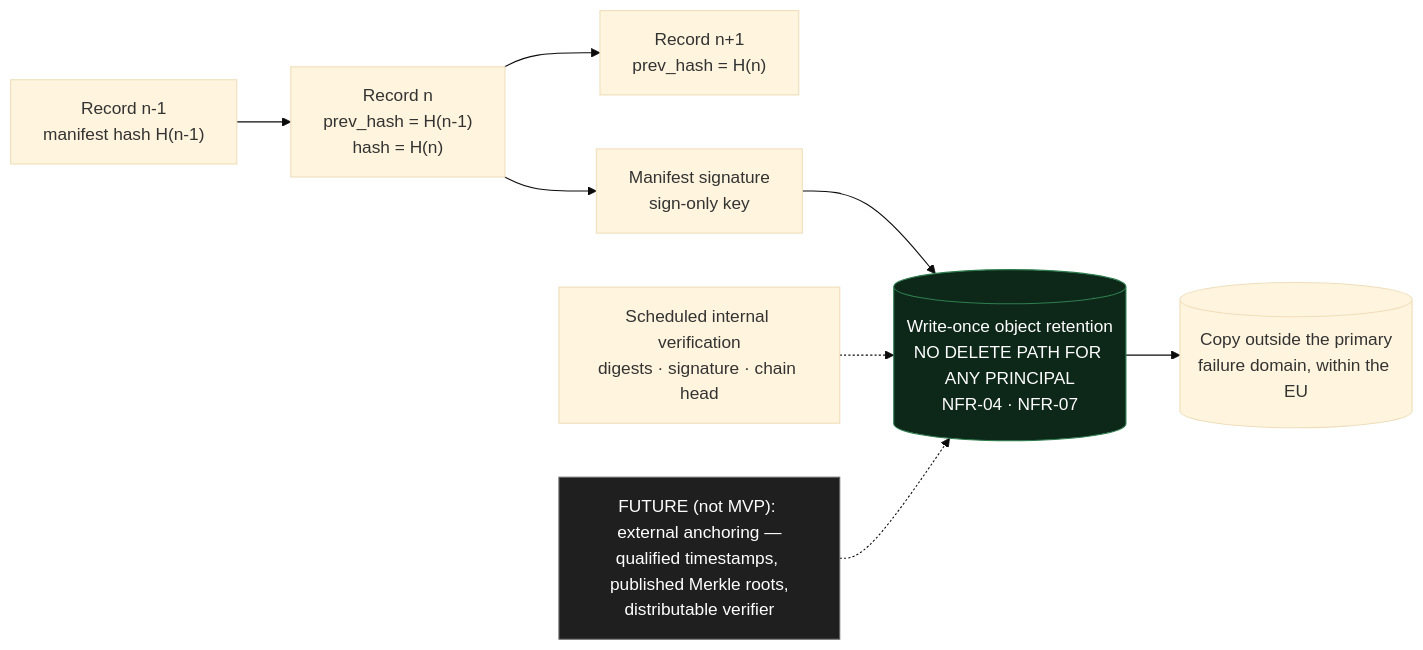
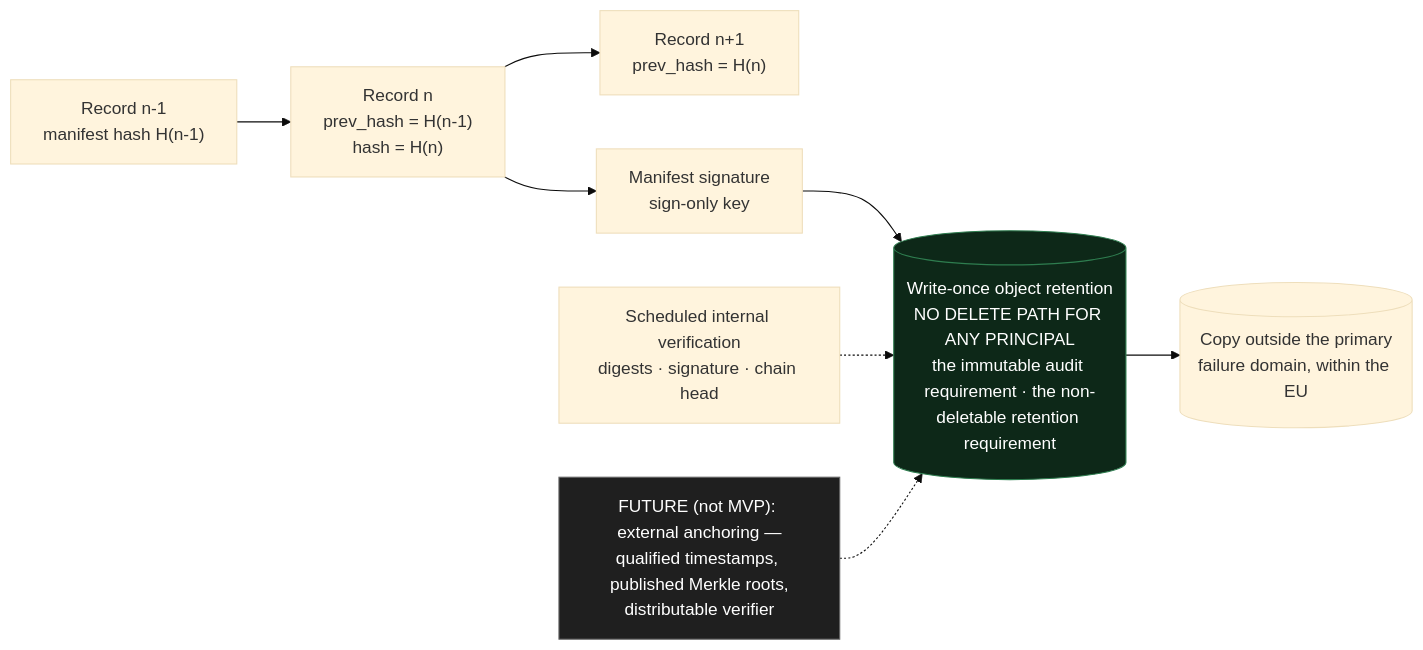
The eighth of 11 diagrams in docs/research/Data And Document Security/architecture-diagrams.md (sayone-tech/Compliance_iq_backend), drawn with Mermaid (base theme) before and after one commit. The commit also changed other lines of this file and 39 other files, not shown here.

````diff
--- a/docs/research/Data And Document Security/architecture-diagrams.md
+++ b/docs/research/Data And Document Security/architecture-diagrams.md
@@ -254,14 +254,14 @@
 ```mermaid
 graph LR
     E1["Record n-1<br/>manifest hash H(n-1)"] --> E2["Record n<br/>prev_hash = H(n-1)<br/>hash = H(n)"]
     E2 --> E3["Record n+1<br/>prev_hash = H(n)"]
     E2 --> SG["Manifest signature<br/>sign-only key"]
-    SG --> OL[("Write-once object retention<br/>NO DELETE PATH FOR ANY PRINCIPAL<br/>NFR-04 · NFR-07")]
+    SG --> OL[("Write-once object retention<br/>NO DELETE PATH FOR ANY PRINCIPAL<br/>the immutable audit requirement · the non-deletable retention requirement")]
     OL --> REP[("Copy outside the primary<br/>failure domain, within the EU")]
     VER["Scheduled internal verification<br/>digests · signature · chain head"] -.-> OL
 
     FUT["FUTURE (not MVP): external anchoring —<br/>qualified timestamps, published Merkle roots,<br/>distributable verifier"] -.-> OL
 
     style OL fill:#0d2818,stroke:#2e7d4f,color:#fff
     style FUT fill:#1f1f1f,stroke:#666,color:#fff
 ```
````
